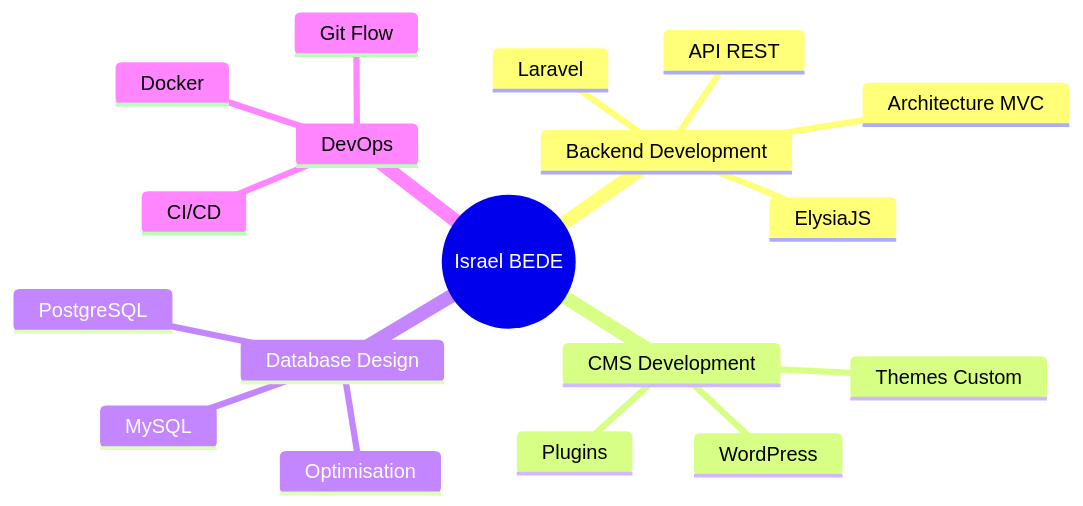
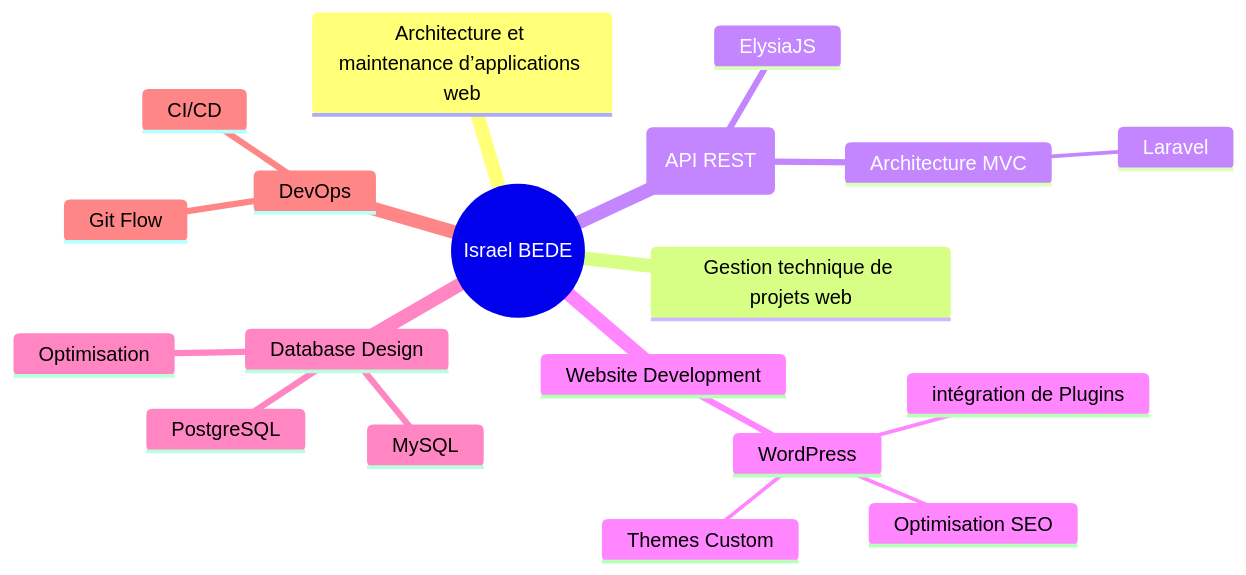
The diagram in README.md (DevIzee/DevIzee), drawn with Mermaid before and after one commit. The commit also changed other lines of this file, not shown here.

````diff
--- a/README.md
+++ b/README.md
@@ -75,21 +65,22 @@
 ```mermaid
 mindmap
   root((Israel BEDE))
-    Backend Development
-      Laravel
+    Architecture et maintenance d’applications web
+    Gestion technique de projets web
+    Backend Development(API REST)
+      Architecture MVC
+        Laravel
       ElysiaJS
-      API REST
-      Architecture MVC
-    CMS Development
+    Website Development
       WordPress
-      Themes Custom
-      Plugins
+        Themes Custom
+        intégration de Plugins
+        Optimisation SEO
     Database Design
       MySQL
       PostgreSQL
       Optimisation
     DevOps
       Git Flow
       CI/CD
-      Docker
 ```
````
